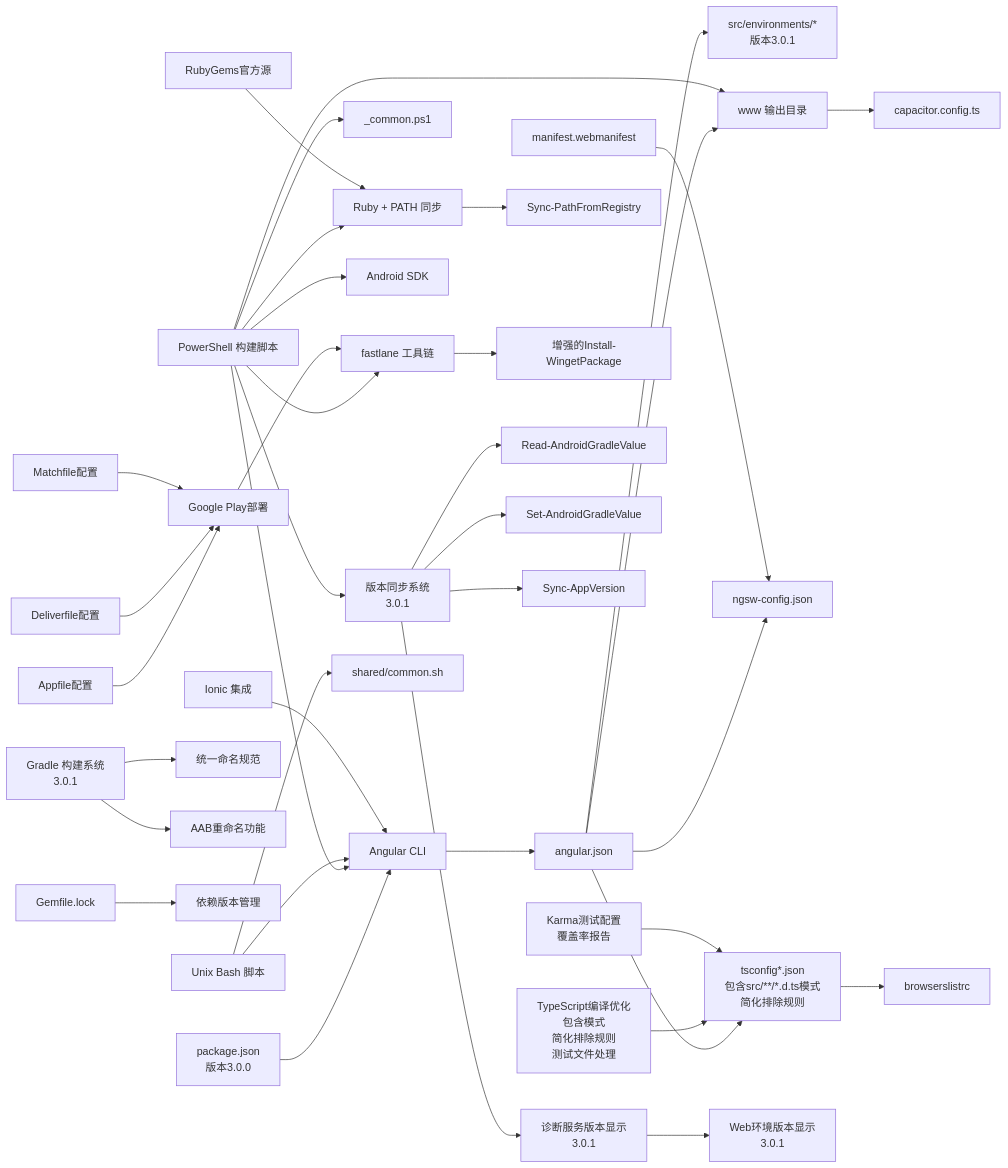
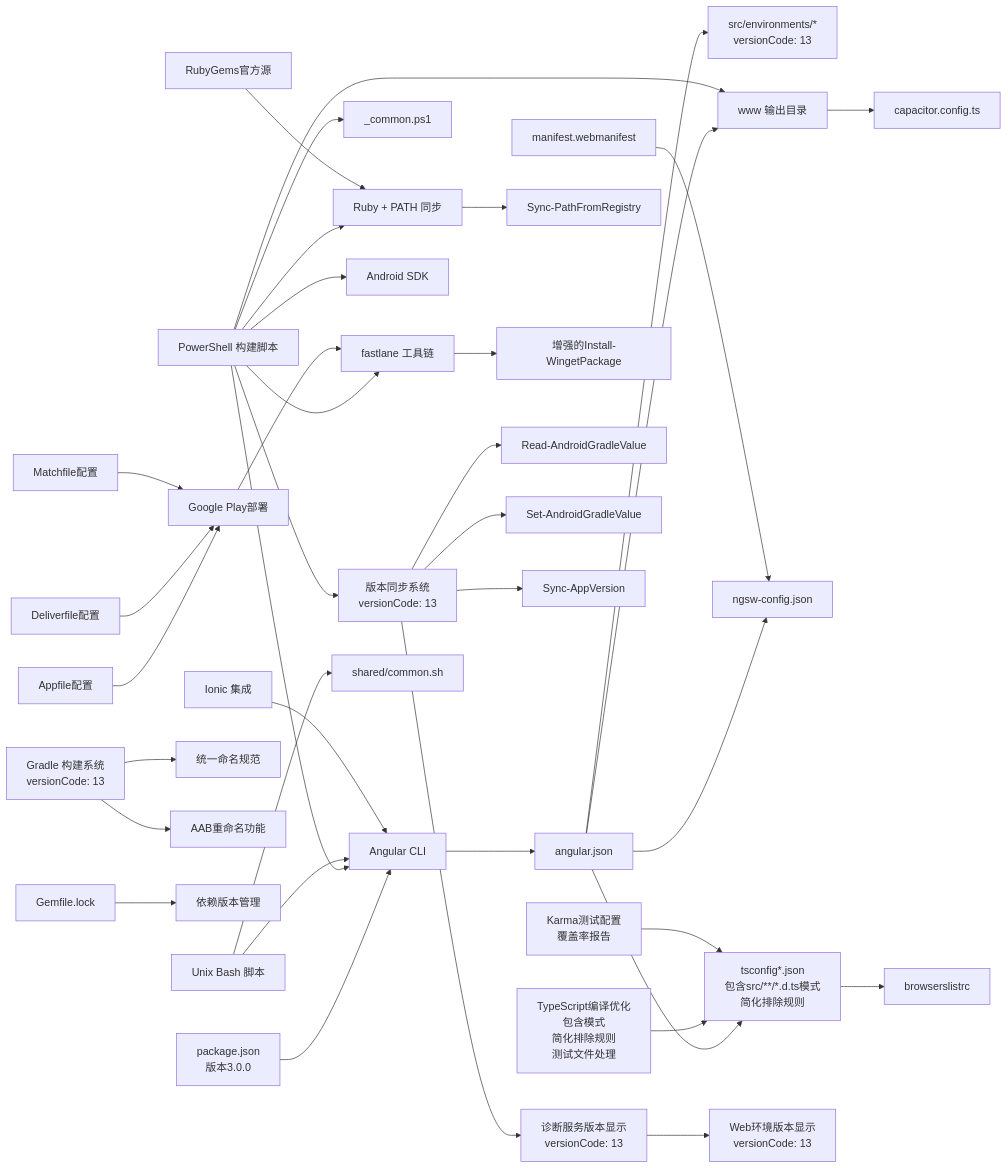
The sixth of 6 diagrams in .qoder/repowiki/zh/content/构建与部署/构建配置.md (tea4go/Macro-Deck-Client-App), drawn with Mermaid before and after one commit. The commit also changed other lines of this file and 57 other files, not shown here.

````diff
--- a/.qoder/repowiki/zh/content/构建与部署/构建配置.md
+++ b/.qoder/repowiki/zh/content/构建与部署/构建配置.md
@@ -1093,39 +1093,39 @@
 ```mermaid
 graph LR
 P["package.json<br/>版本3.0.0"] --> CLI["Angular CLI"]
 CLI --> CFG["angular.json"]
-CFG --> ENV["src/environments/*<br/>版本3.0.1"]
+CFG --> ENV["src/environments/*<br/>versionCode: 13"]
 CFG --> TS["tsconfig*.json<br/>包含src/**/*.d.ts模式<br/>简化排除规则"]
 TS --> BROWS["browserslistrc"]
 CFG --> SW["ngsw-config.json"]
 CFG --> WWW["www 输出目录"]
 WWW --> CAP["capacitor.config.ts"]
 PS["PowerShell 构建脚本"] --> CLI
 PS --> COMMON["_common.ps1"]
 PS --> WWW
 PS --> FASTLANE["fastlane 工具链"]
 PS --> ANDROID["Android SDK"]
 PS --> RUBY["Ruby + PATH 同步"]
-PS --> VERSIONSYNC["版本同步系统<br/>3.0.1"]
+PS --> VERSIONSYNC["版本同步系统<br/>versionCode: 13"]
 UNIX["Unix Bash 脚本"] --> COMMON2["shared/common.sh"]
 UNIX --> CLI
 MAN["manifest.webmanifest"] --> SW
 IONIC["Ionic 集成"] --> CLI
 RUBY --> SYNC["Sync-PathFromRegistry"]
 FASTLANE --> WINGET["增强的Install-WingetPackage"]
-GRADLE["Gradle 构建系统<br/>3.0.1"] --> NAMING["统一命名规范"]
+GRADLE["Gradle 构建系统<br/>versionCode: 13"] --> NAMING["统一命名规范"]
 GRADLE --> AABRENAME["AAB重命名功能"]
 GEMLOCK["Gemfile.lock"] --> DEPS["依赖版本管理"]
 PLAYSTORE["Google Play部署"] --> FASTLANE
 APPFILE["Appfile配置"] --> PLAYSTORE
 DELIVER["Deliverfile配置"] --> PLAYSTORE
 MATCH["Matchfile配置"] --> PLAYSTORE
 RUBYGEMS["RubyGems官方源"] --> RUBY
 VERSIONSYNC --> READGRADLE["Read-AndroidGradleValue"]
 VERSIONSYNC --> SETGRADLE["Set-AndroidGradleValue"]
 VERSIONSYNC --> SYNCAPP["Sync-AppVersion"]
-VERSIONSYNC --> DIAGNOSTIC["诊断服务版本显示<br/>3.0.1"]
-DIAGNOSTIC --> WEBENV["Web环境版本显示<br/>3.0.1"]
+VERSIONSYNC --> DIAGNOSTIC["诊断服务版本显示<br/>versionCode: 13"]
+DIAGNOSTIC --> WEBENV["Web环境版本显示<br/>versionCode: 13"]
 TSOPTIMIZATION["TypeScript编译优化<br/>包含模式<br/>简化排除规则<br/>测试文件处理"] --> TS
 KARMA["Karma测试配置<br/>覆盖率报告"] --> TS
 ```
````
